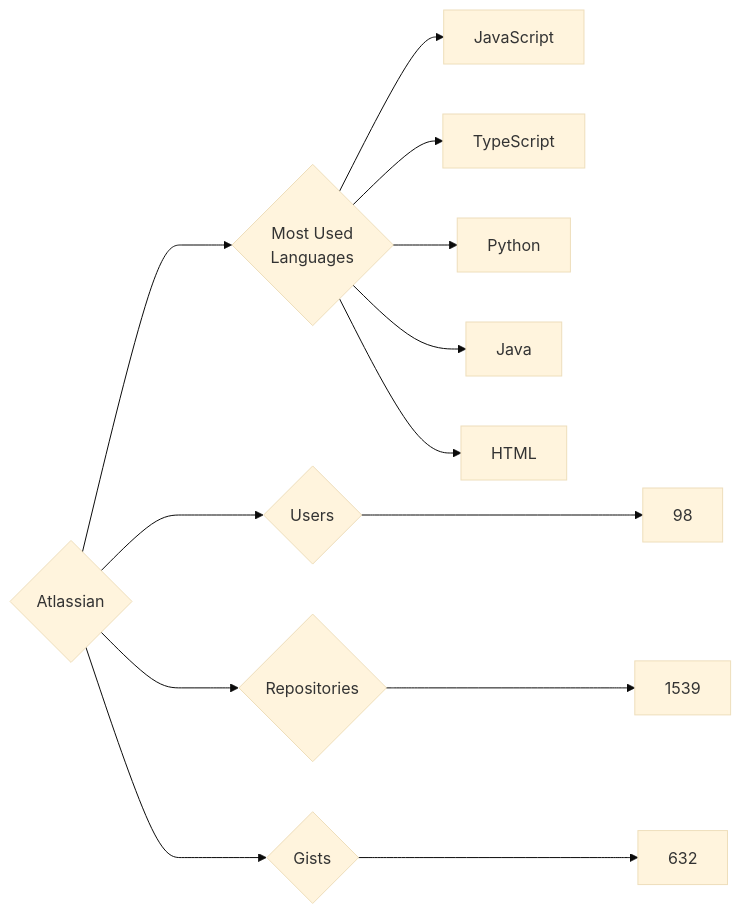
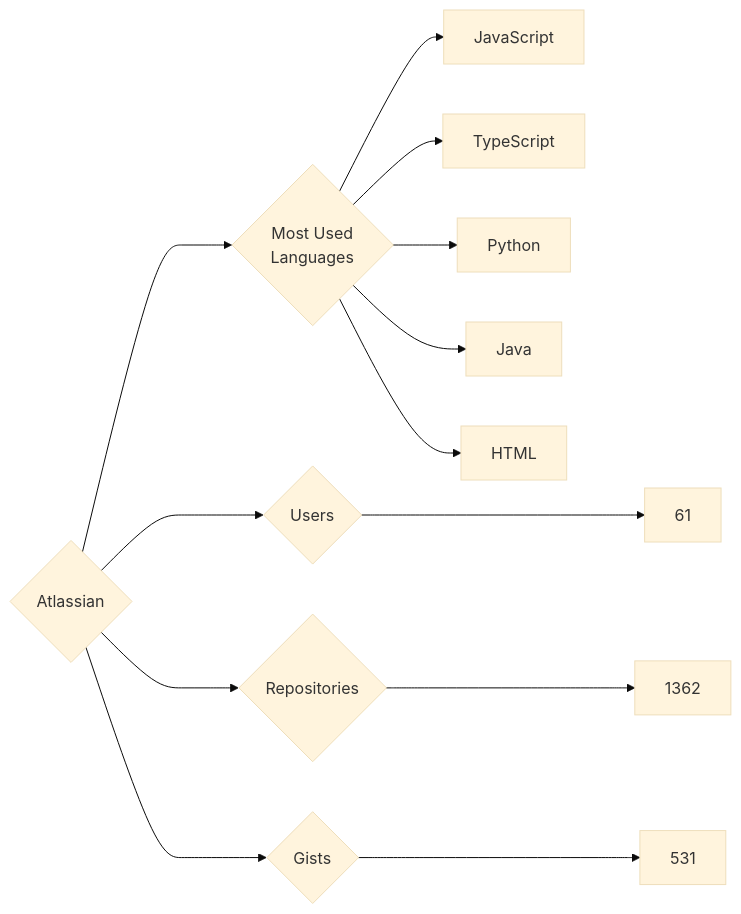
One commit to trickest/insiders changed the diagram in targets/Atlassian/README.md. Above: the diagram before and after it, drawn with Mermaid (base theme). The commit also changed 629 other files, not shown here.

````diff
--- a/targets/Atlassian/README.md
+++ b/targets/Atlassian/README.md
@@ -3,13 +3,13 @@
 ```mermaid
 graph LR
 COMPANY_NAME{Atlassian}
-COMPANY_NAME ---> U{Users} ---> UN[98]
-COMPANY_NAME ---> R{Repositories} ---> RN[1539]
-COMPANY_NAME ---> G{Gists} ---> GN[632]
+COMPANY_NAME ---> U{Users} ---> UN[61]
+COMPANY_NAME ---> R{Repositories} ---> RN[1362]
+COMPANY_NAME ---> G{Gists} ---> GN[531]
 COMPANY_NAME ---> ML{Most Used<br>Languages}
 ML --> JavaScript[JavaScript]
 ML --> TypeScript[TypeScript]
 ML --> Python[Python]
 ML --> Java[Java]
 ML --> HTML[HTML]
 ```
````
